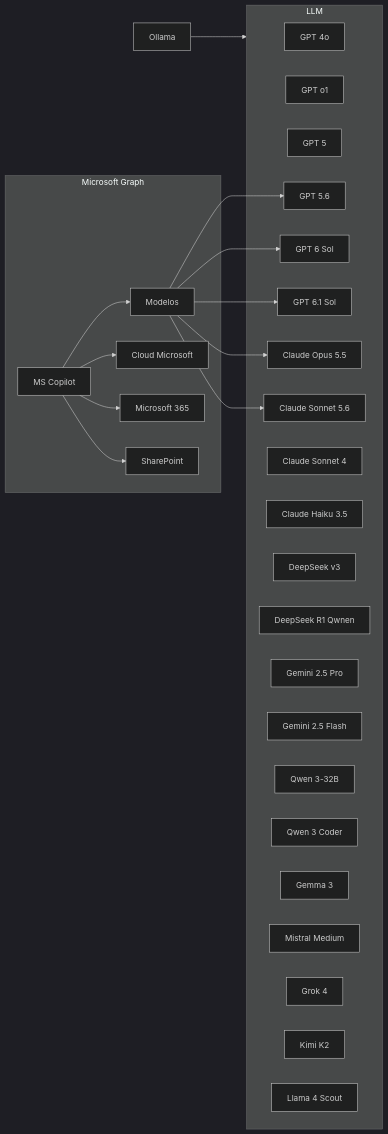
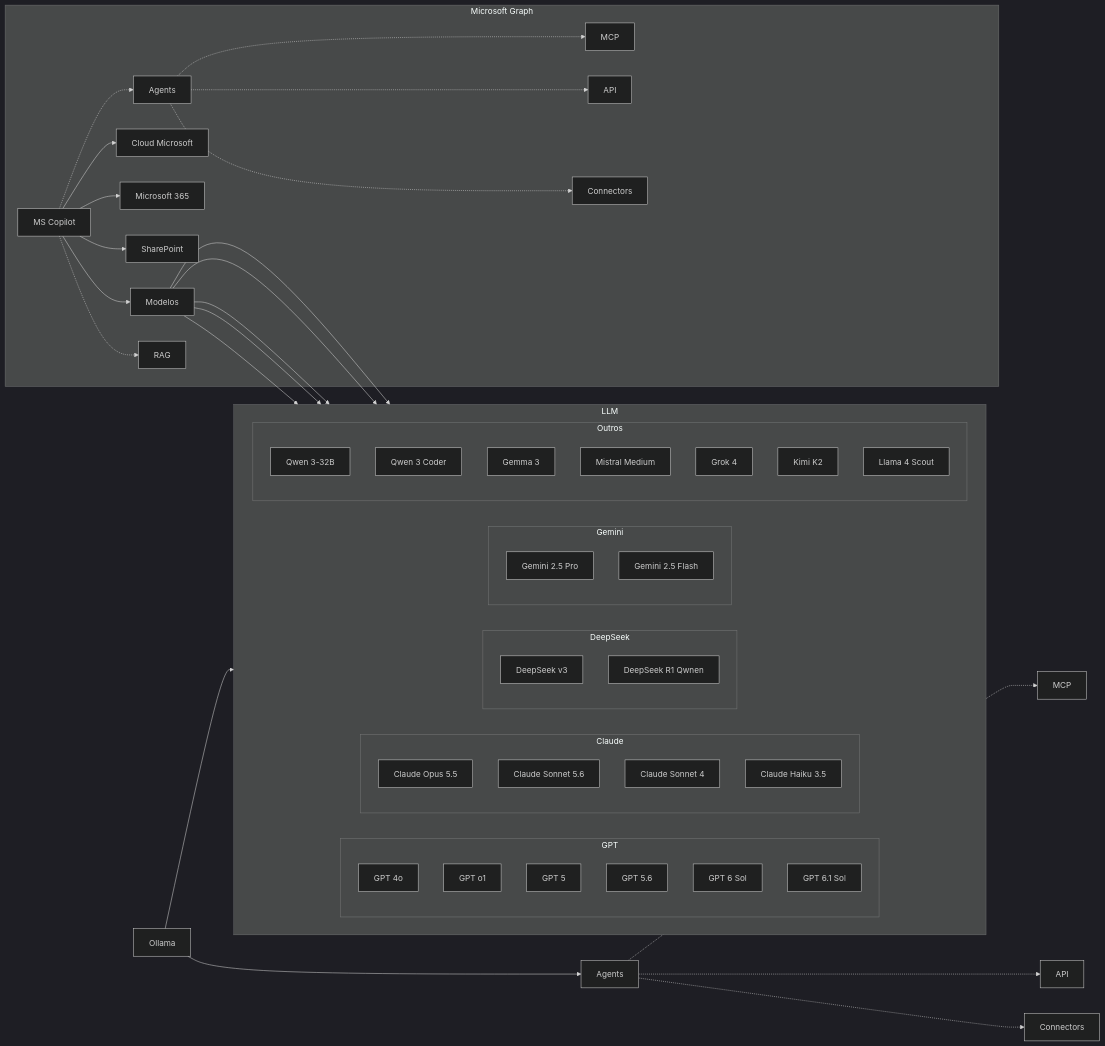
The diagram in TI/IA/Ollama_Copilot.md (estaleiroweb/book), drawn with Mermaid (dark theme) before and after one commit.

Commit message:
Auto commit:  M TI/IA/Ollama_Copilot.md

````diff
--- a/TI/IA/Ollama_Copilot.md
+++ b/TI/IA/Ollama_Copilot.md
@@ -3,39 +3,61 @@
 ```mermaid
 graph LR
     
-    subgraph llm[LLM]
-        gpt_4o[GPT 4o]
-        gpt_41[GPT 4.1]
-        gpt_41[GPT o1]
-        gpt_5[GPT 5]
-        gpt_56[GPT 5.6]
-        gpt_6[GPT 6 Sol]
-        gpt_61[GPT 6.1 Sol]
-        claude_55o[Claude Opus 5.5]
-        claude_56s[Claude Sonnet 5.6]
-        claude_4[Claude Sonnet 4]
-        claude_35[Claude Haiku 3.5]
-        ds_3[DeepSeek v3]
-        ds_r1q[DeepSeek R1 Qwnen]
-        Gemini_25p[Gemini 2.5 Pro]
-        Gemini_25f[Gemini 2.5 Flash]
-        qw_3[Qwen 3-32B]
-        qw_3c[Qwen 3 Coder]
-        Gemma[Gemma 3]
-        Mistral[Mistral Medium]
-        Grok_4[Grok 4]
-        kimi_k2[Kimi K2]
-        Llama_3[Llama 4 Scout]
-    end
-    subgraph ms_graph["Microsoft Graph"]
+   subgraph llm[LLM]
+      direction LR
+
+      subgraph GPT
+         direction TD
+         gpt_4o[GPT 4o]
+         gpt_41[GPT 4.1]
+         gpt_41[GPT o1]
+         gpt_5[GPT 5]
+         gpt_56[GPT 5.6]
+         gpt_6[GPT 6 Sol]
+         gpt_61[GPT 6.1 Sol]
+      end
+      subgraph Claude
+         direction TD
+         claude_55o[Claude Opus 5.5]
+         claude_56s[Claude Sonnet 5.6]
+         claude_4[Claude Sonnet 4]
+         claude_35[Claude Haiku 3.5]
+      end
+      subgraph DeepSeek
+         direction TD
+         ds_3[DeepSeek v3]
+         ds_r1q[DeepSeek R1 Qwnen]
+      end
+      subgraph Gemini
+         direction TD
+         Gemini_25p[Gemini 2.5 Pro]
+         Gemini_25f[Gemini 2.5 Flash]
+      end
+      subgraph Outros
+         direction TD
+         qw_3[Qwen 3-32B]
+         qw_3c[Qwen 3 Coder]
+         Gemma[Gemma 3]
+         Mistral[Mistral Medium]
+         Grok_4[Grok 4]
+         kimi_k2[Kimi K2]
+         Llama_3[Llama 4 Scout]
+      end
+   end
+   subgraph ms_graph["Microsoft Graph"]
         ms_model[Modelos]
         ms_cloud[Cloud Microsoft]
         ms_365[Microsoft 365]
         SharePoint[SharePoint]
         copilot[MS Copilot]
+
         copilot --> ms_model & ms_cloud & ms_365 & SharePoint
-    end
-    ms_model --> gpt_56 & gpt_6 & gpt_61 & claude_55o & claude_56s
+        copilot -.->ag1[Agents] & rag1[RAG]
+        ag1 -.->mcp1[MCP] & api1[API] & conn1[Connectors]
+   end
+   ms_model --> gpt_56 & gpt_6 & gpt_61 & claude_55o & claude_56s
 
-    Ollama --> llm
+   Ollama --> llm
+   Ollama --> ag2[Agents]
+   ag2 -.->mcp2[MCP] & api2[API] & conn2[Connectors]
 ```
````
